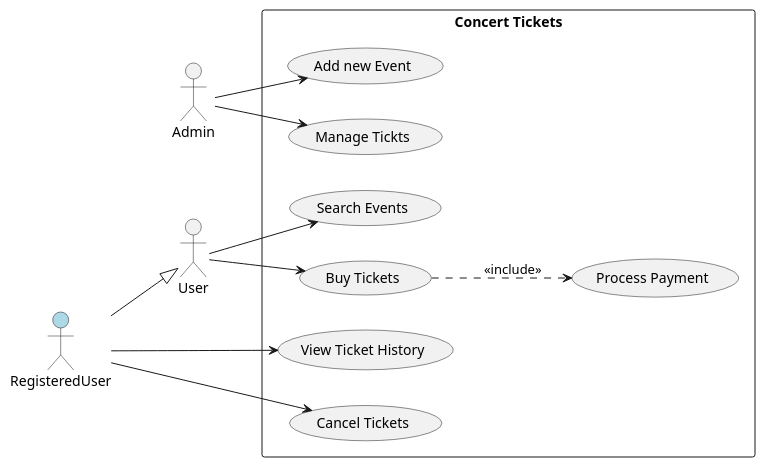
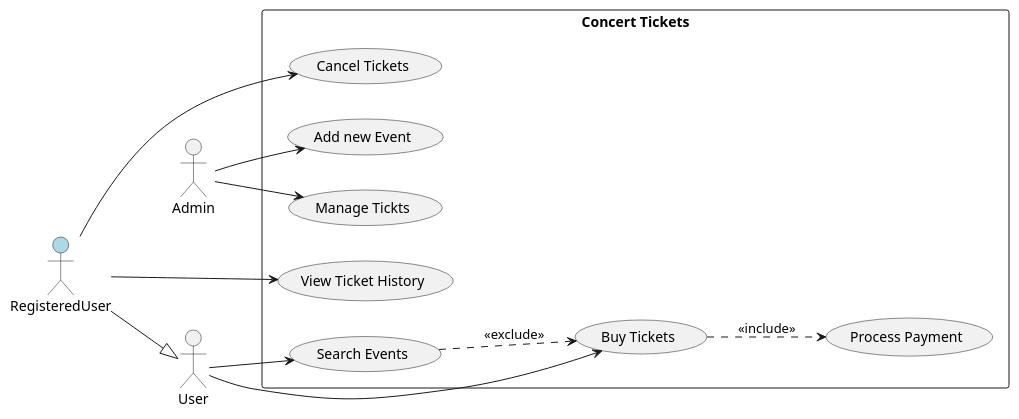
One commit to AminaMustafaa/OOPfromUMl changed the diagram in src/main/kotlin/uml/DC.Ex4(Concert).puml. Above: the diagram before and after it, drawn with PlantUML. The commit also changed 3 other files, not shown here.

```diff
--- a/src/main/kotlin/uml/DC.Ex4(Concert).puml
+++ b/src/main/kotlin/uml/DC.Ex4(Concert).puml
@@ -1,33 +1,34 @@
 @startuml
 'https://plantuml.com/class-diagram
 
 'Sistema de Venda d'Entrades:
 ' Volem fer el disseny de casos d'ús d'una aplicació de venda d'entrades per a concerts, on l’administrador pot
 ' afegir nous esdeveniments i gestionar vendes, els usuaris poden cercar esdeveniments i comprar entrades, i els
 ' usuari registrats poden veure el seu historial de compres i cancel·lar entrades.
 
 left to right direction
 actor Admin
 actor User
 actor RegisteredUser #lightblue
 
 rectangle "Concert Tickets"{
     usecase "Add new Event" as UC1
     usecase "Manage Tickts" as UC2
     usecase "Search Events" as UC3
     usecase "Buy Tickets" as UC4
     usecase "View Ticket History" as UC5
     usecase "Cancel Tickets" as UC6
     usecase "Process Payment" as UC7
 }
 
 Admin --> UC1
 Admin  --> UC2
 User --> UC3
 User --> UC4
+UC3 ..> UC4 : <<exclude>>
 RegisteredUser --|> User
 RegisteredUser --> UC5
 RegisteredUser --> UC6
 UC4 ..> UC7 : <<include>>
 
 @enduml
```
